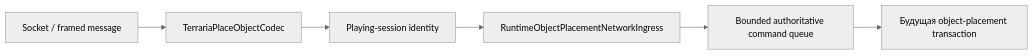
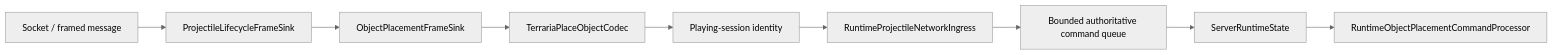
The diagram in docs/ru/object-placement-packet79.md (VegaKernel/TerraRuntime), drawn with Mermaid (neutral theme) before and after one commit. The commit also changed other lines of this file and 11 other files, not shown here.

````diff
--- a/docs/ru/object-placement-packet79.md
+++ b/docs/ru/object-placement-packet79.md
@@ -19,8 +19,11 @@
 ```mermaid
 flowchart LR
-    Socket["Socket / framed message"] --> Codec["TerrariaPlaceObjectCodec"]
+    Socket["Socket / framed message"] --> Projectile["ProjectileLifecycleFrameSink"]
+    Projectile --> Object["ObjectPlacementFrameSink"]
+    Object --> Codec["TerrariaPlaceObjectCodec"]
     Codec --> Session["Playing-session identity"]
-    Session --> Ingress["RuntimeObjectPlacementNetworkIngress"]
+    Session --> Ingress["RuntimeProjectileNetworkIngress"]
     Ingress --> Queue["Bounded authoritative command queue"]
-    Queue --> Gameplay["Будущая object-placement transaction"]
+    Queue --> State["ServerRuntimeState"]
+    State --> Gameplay["RuntimeObjectPlacementCommandProcessor"]
 ```
````
